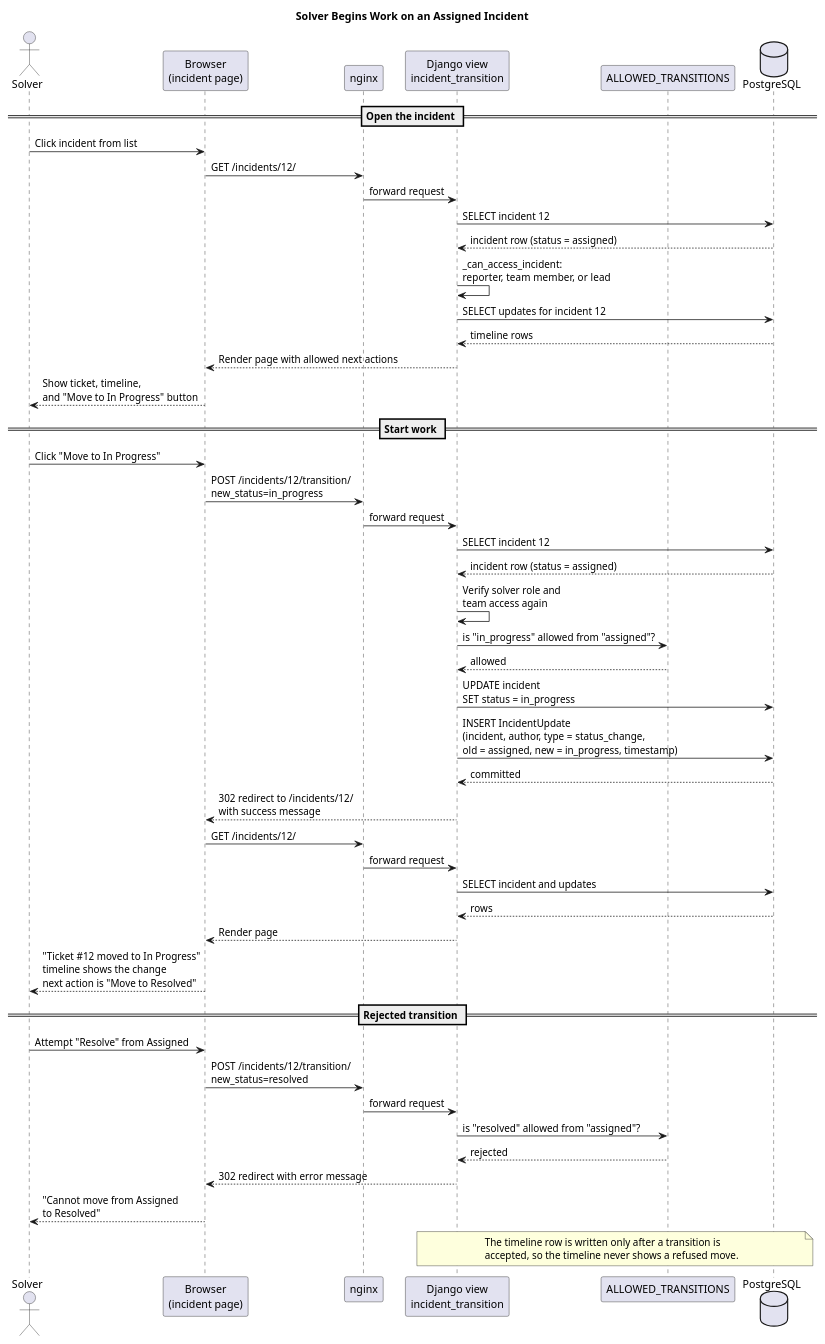
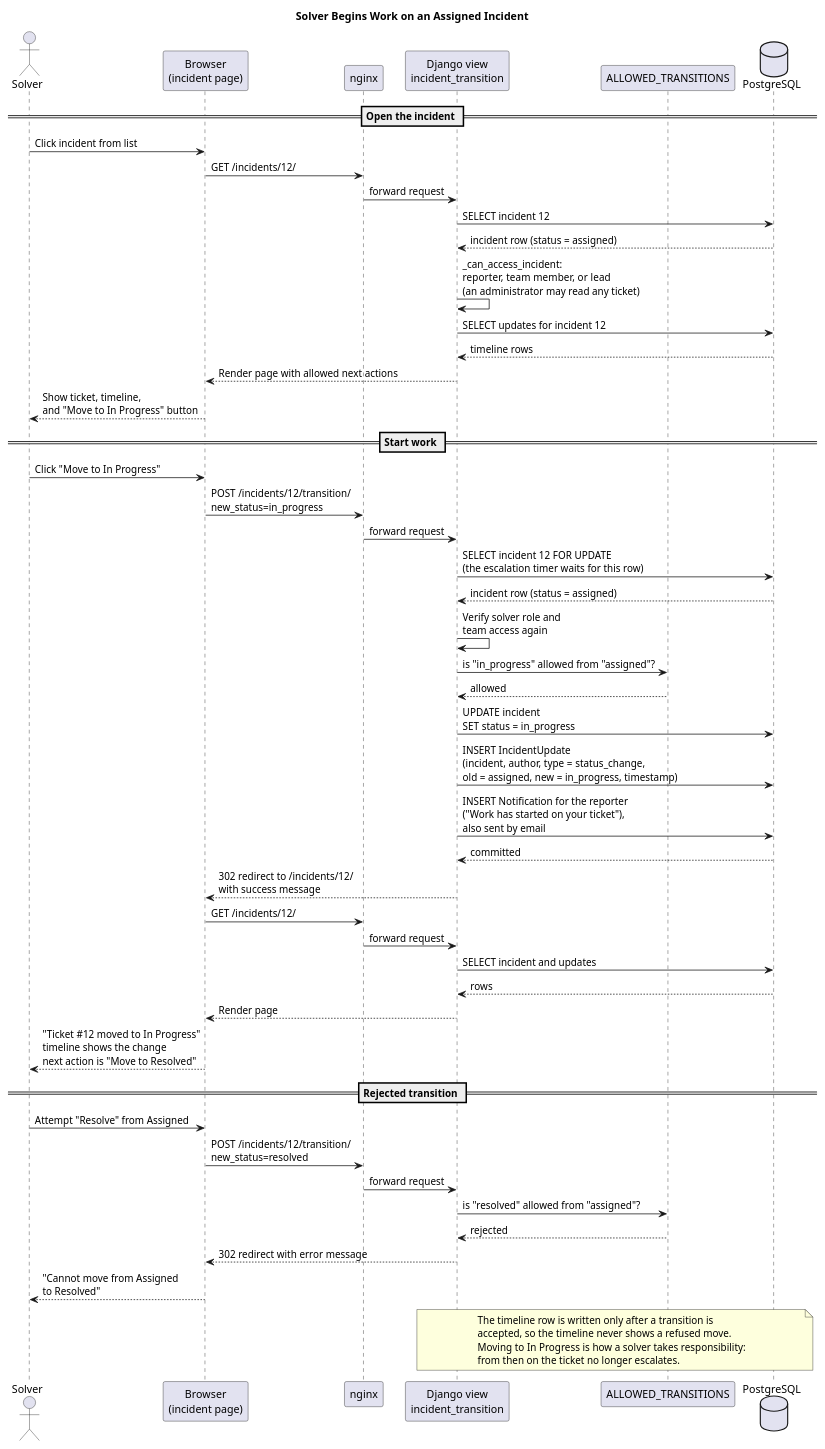
Before and after one commit to ZiedRbd/COSC-3339-Fall-2026-Term-Project: the diagram in docs/solver-sequence.puml, drawn with PlantUML. The commit also changed 2 other files, not shown here.

Commit message:
Sequence diagrams and README match the second-round fixes: the row lock, the reporter notification, the default policy and the email pause

```diff
--- a/docs/solver-sequence.puml
+++ b/docs/solver-sequence.puml
@@ -1,56 +1,59 @@
 @startuml
 title Solver Begins Work on an Assigned Incident
 
 actor Solver
 participant "Browser\n(incident page)" as Browser
 participant "nginx" as Nginx
 participant "Django view\nincident_transition" as View
 participant "ALLOWED_TRANSITIONS" as Rules
 database "PostgreSQL" as DB
 
 == Open the incident ==
 Solver -> Browser : Click incident from list
 Browser -> Nginx : GET /incidents/12/
 Nginx -> View : forward request
 View -> DB : SELECT incident 12
 DB --> View : incident row (status = assigned)
-View -> View : _can_access_incident:\nreporter, team member, or lead
+View -> View : _can_access_incident:\nreporter, team member, or lead\n(an administrator may read any ticket)
 View -> DB : SELECT updates for incident 12
 DB --> View : timeline rows
 View --> Browser : Render page with allowed next actions
 Browser --> Solver : Show ticket, timeline,\nand "Move to In Progress" button
 
 == Start work ==
 Solver -> Browser : Click "Move to In Progress"
 Browser -> Nginx : POST /incidents/12/transition/\nnew_status=in_progress
 Nginx -> View : forward request
-View -> DB : SELECT incident 12
+View -> DB : SELECT incident 12 FOR UPDATE\n(the escalation timer waits for this row)
 DB --> View : incident row (status = assigned)
 View -> View : Verify solver role and\nteam access again
 View -> Rules : is "in_progress" allowed from "assigned"?
 Rules --> View : allowed
 View -> DB : UPDATE incident\nSET status = in_progress
 View -> DB : INSERT IncidentUpdate\n(incident, author, type = status_change,\nold = assigned, new = in_progress, timestamp)
+View -> DB : INSERT Notification for the reporter\n("Work has started on your ticket"),\nalso sent by email
 DB --> View : committed
 View --> Browser : 302 redirect to /incidents/12/\nwith success message
 Browser -> Nginx : GET /incidents/12/
 Nginx -> View : forward request
 View -> DB : SELECT incident and updates
 DB --> View : rows
 View --> Browser : Render page
 Browser --> Solver : "Ticket #12 moved to In Progress"\ntimeline shows the change\nnext action is "Move to Resolved"
 
 == Rejected transition ==
 Solver -> Browser : Attempt "Resolve" from Assigned
 Browser -> Nginx : POST /incidents/12/transition/\nnew_status=resolved
 Nginx -> View : forward request
 View -> Rules : is "resolved" allowed from "assigned"?
 Rules --> View : rejected
 View --> Browser : 302 redirect with error message
 Browser --> Solver : "Cannot move from Assigned\nto Resolved"
 
 note over View, DB
   The timeline row is written only after a transition is
   accepted, so the timeline never shows a refused move.
+  Moving to In Progress is how a solver takes responsibility:
+  from then on the ticket no longer escalates.
 end note
 @enduml
```
